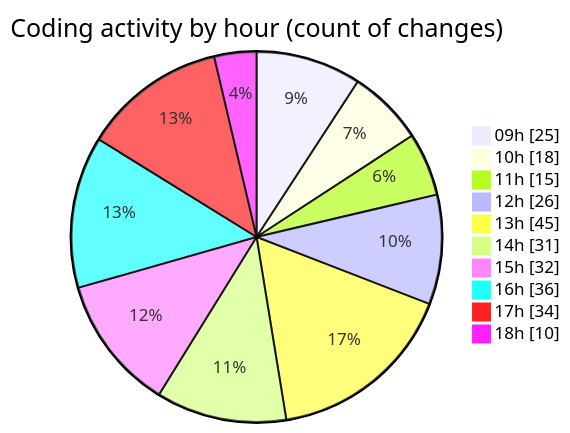
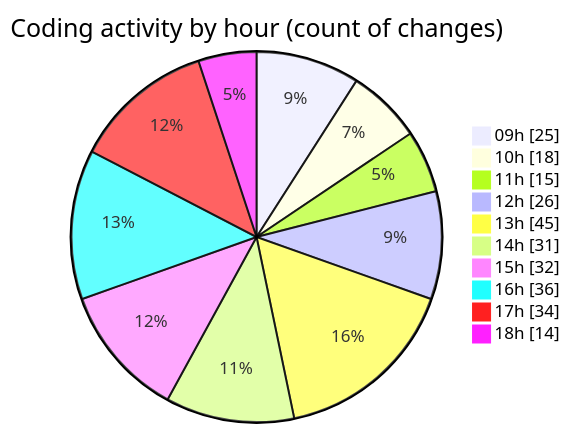
Before and after one commit to momahboobian/code-tracking: the second of 2 diagrams in 2025-03-13/cda/README.md, drawn with Mermaid. The commit also changed other lines of this file and 1 other file, not shown here.

````diff
--- a/2025-03-13/cda/README.md
+++ b/2025-03-13/cda/README.md
@@ -44,14 +44,14 @@
 ```mermaid
 pie showData
 title Coding activity by hour (count of changes)
 "09h" : 25
 "10h" : 18
 "11h" : 15
 "12h" : 26
 "13h" : 45
 "14h" : 31
 "15h" : 32
 "16h" : 36
 "17h" : 34
-"18h" : 10
+"18h" : 14
 ```
````
